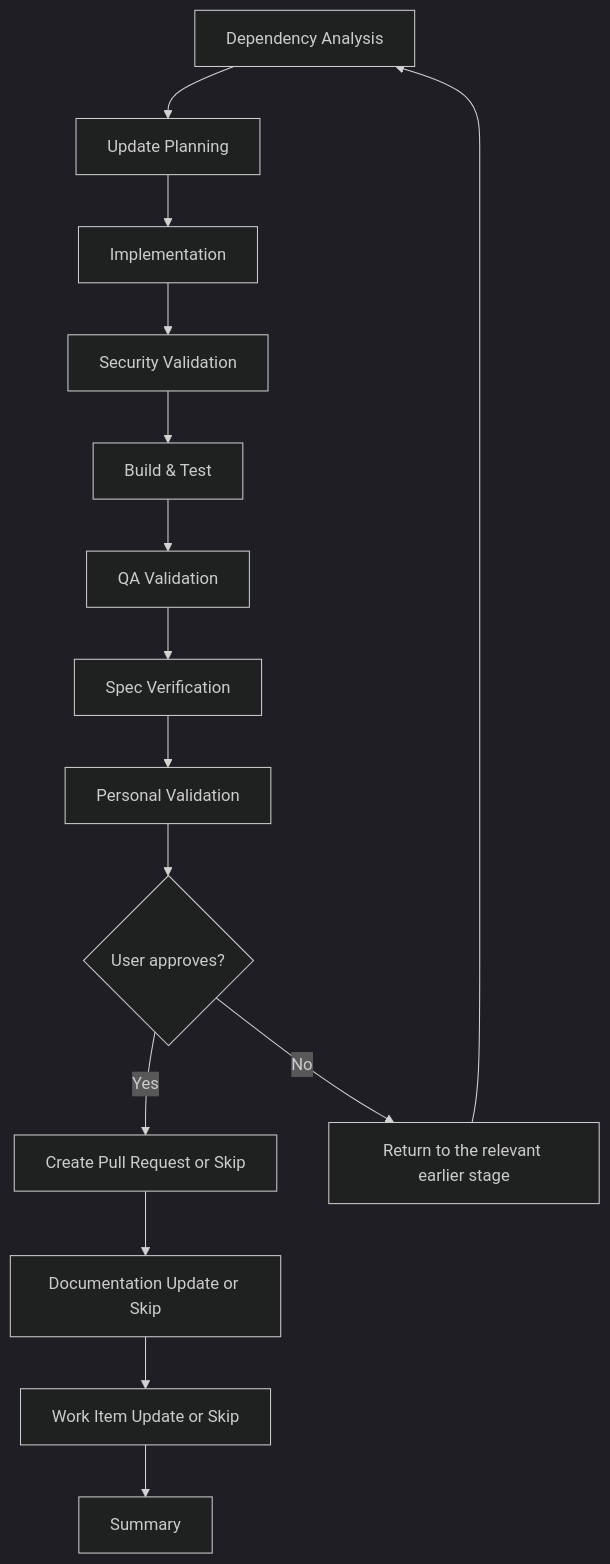
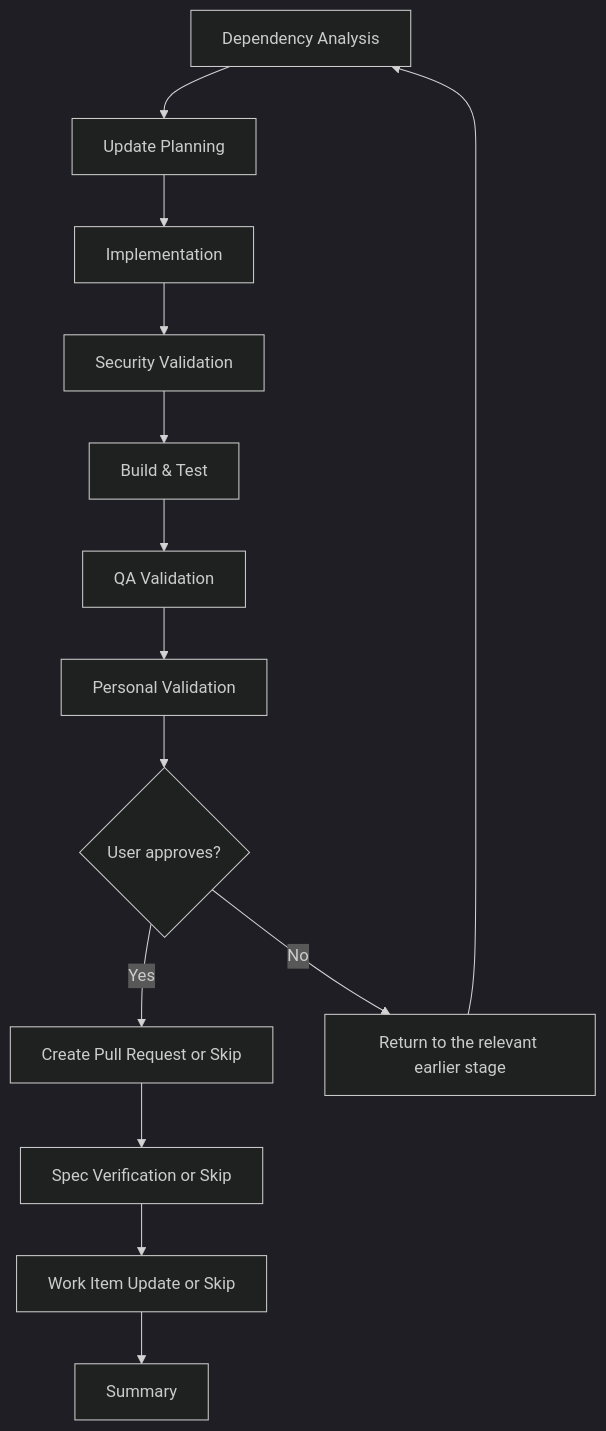
The fourth of 16 diagrams in plugins/delivery/FLOW-DIAGRAMS.md (JSdotNet/devbook), drawn with Mermaid (dark theme) before and after one commit. The commit also changed other lines of this file and 42 other files, not shown here.

First line of the commit message:
Spec Verification replaces Documentation Update

````diff
--- a/plugins/delivery/FLOW-DIAGRAMS.md
+++ b/plugins/delivery/FLOW-DIAGRAMS.md
@@ -122,17 +118,16 @@
 ```mermaid
 flowchart TD
     A["Dependency Analysis"] --> B["Update Planning"]
     B --> C["Implementation"]
     C --> D["Security Validation"]
     D --> E["Build & Test"]
     E --> F["QA Validation"]
-    F --> SV["Spec Verification"]
-    SV --> G["Personal Validation"]
+    F --> G["Personal Validation"]
     G --> H{User approves?}
     H -->|Yes| I["Create Pull Request or Skip"]
     H -->|No| J["Return to the relevant earlier stage"]
     J --> A
-    I --> DU["Documentation Update or Skip"]
+    I --> DU["Spec Verification or Skip"]
     DU --> U["Work Item Update or Skip"]
     U --> K["Summary"]
 ```
````
